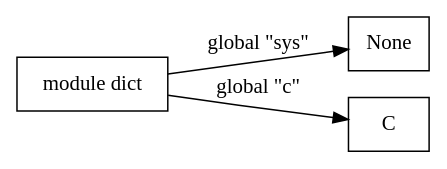
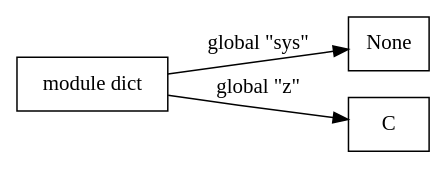
One commit to ajdavis/what-to-expect-when-youre-expiring changed the diagram in dot/example_1_0_1.dot. Above: the diagram before and after it, drawn with Graphviz. The commit also changed 21 other files, not shown here.

```diff
--- a/dot/example_1_0_1.dot
+++ b/dot/example_1_0_1.dot
@@ -1,8 +1,8 @@
 digraph module {
     rankdir = LR
     module [shape = rect; label = "module dict"]
     sys [shape = rect; label = "None"]
     C [shape = rect]
+    module -> C [label = "global \"z\""]
     module -> sys [label = "global \"sys\""]
-    module -> C [label = "global \"c\""]
 }
```
